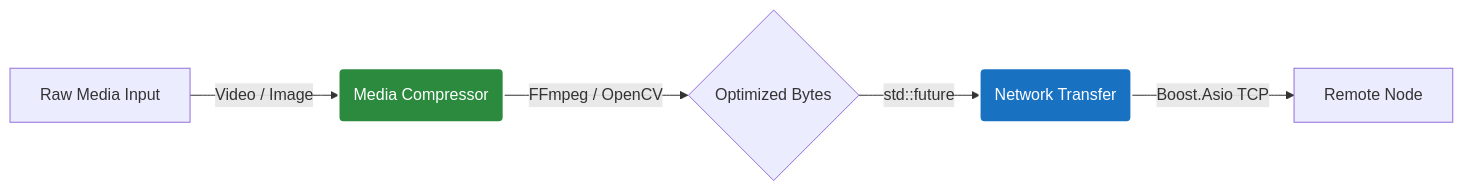
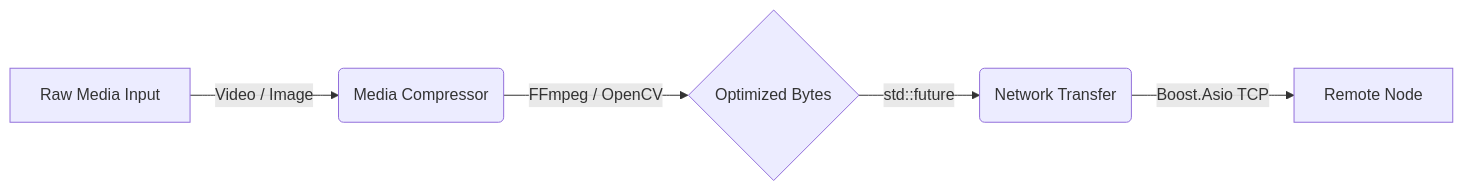
One commit to ApoorvNegi17/optimedia changed the diagram in README.md. Above: the diagram before and after it, drawn with Mermaid. The commit also changed other lines of this file, not shown here.

````diff
--- a/README.md
+++ b/README.md
@@ -45,10 +18,7 @@
 ```mermaid
 graph LR
     A[Raw Media Input] -->|Video / Image| B(Media Compressor)
     B -->|FFmpeg / OpenCV| C{Optimized Bytes}
     C -->|std::future| D(Network Transfer)
     D -->|Boost.Asio TCP| E[Remote Node]
-    
-    style B fill:#2b8a3e,stroke:#fff,stroke-width:2px,color:#fff
-    style D fill:#1971c2,stroke:#fff,stroke-width:2px,color:#fff
 ```
````
